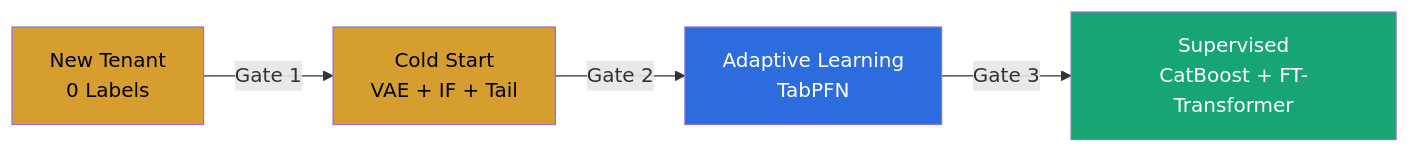
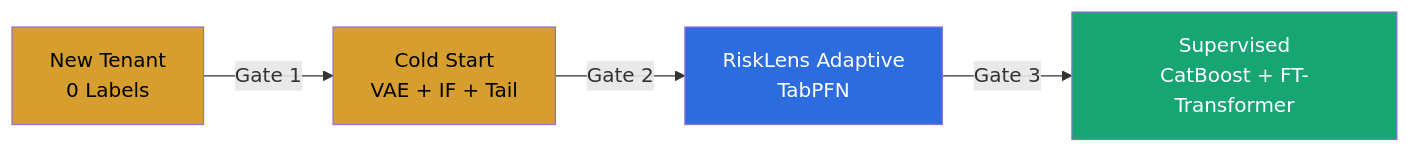
One commit to Tadeni00/RiskLens changed the fourth of 7 diagrams in README.md. Above: the diagram before and after it, drawn with Mermaid. The commit also changed other lines of this file and 131 other files, not shown here.

````diff
--- a/README.md
+++ b/README.md
@@ -293,11 +294,11 @@
 ```mermaid
 graph LR
     A["New Tenant<br/>0 Labels"] -->|"Gate 1"| B["Cold Start<br/>VAE + IF + Tail"]
-    B -->|"Gate 2"| C["Adaptive Learning<br/>TabPFN"]
+    B -->|"Gate 2"| C["RiskLens Adaptive<br/>TabPFN"]
     C -->|"Gate 3"| D["Supervised<br/>CatBoost + FT-Transformer"]
 
     style A fill:#D69E2E,color:#000
     style B fill:#D69E2E,color:#000
     style C fill:#2D6CDF,color:#fff
     style D fill:#17A673,color:#fff
 ```
````
